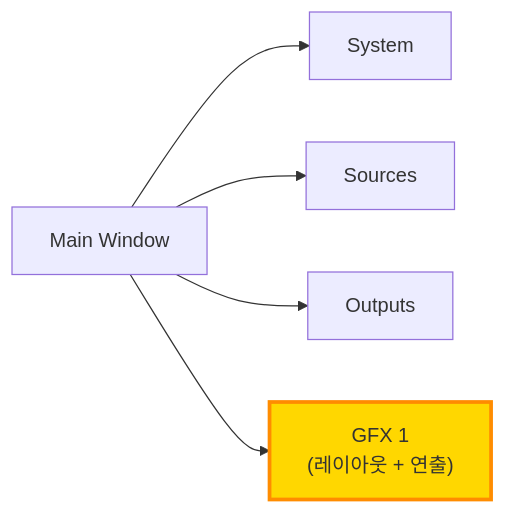
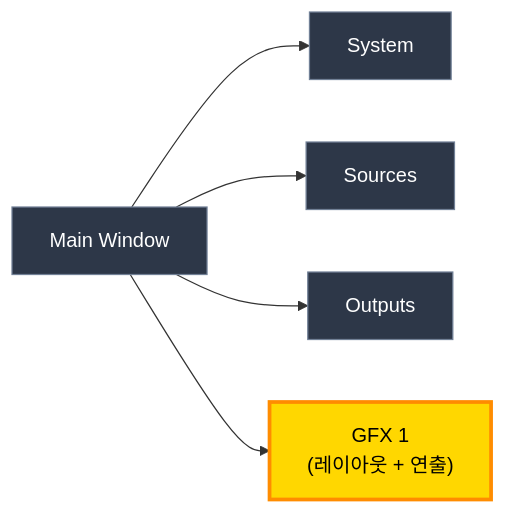
One commit to garimto81/ebs changed the eighth of 14 diagrams in docs/01_PokerGFX_Analysis/PRD-0004-EBS-Server-UI-Design.md. Above: the diagram before and after it, drawn with Mermaid. The commit also changed other lines of this file, not shown here.

First line of the commit message:
fix(prd-0004): Mermaid 다이어그램 색상 + 캡쳐 링크 수정

````diff
--- a/docs/01_PokerGFX_Analysis/PRD-0004-EBS-Server-UI-Design.md
+++ b/docs/01_PokerGFX_Analysis/PRD-0004-EBS-Server-UI-Design.md
@@ -599,13 +606,14 @@
 ```mermaid
 flowchart LR
+    classDef default fill:#2d3748,stroke:#718096,color:#ffffff
     MW["Main Window"]
     SYS["System"]
     SRC["Sources"]
     OUT["Outputs"]
     GFX1["GFX 1<br/>(레이아웃 + 연출)"]
-    style GFX1 fill:#FFD700,stroke:#FF8C00,stroke-width:3px
+    style GFX1 fill:#FFD700,stroke:#FF8C00,stroke-width:3px,color:#000000
     MW --> SYS
     MW --> SRC
     MW --> OUT
     MW --> GFX1
 ```
````
